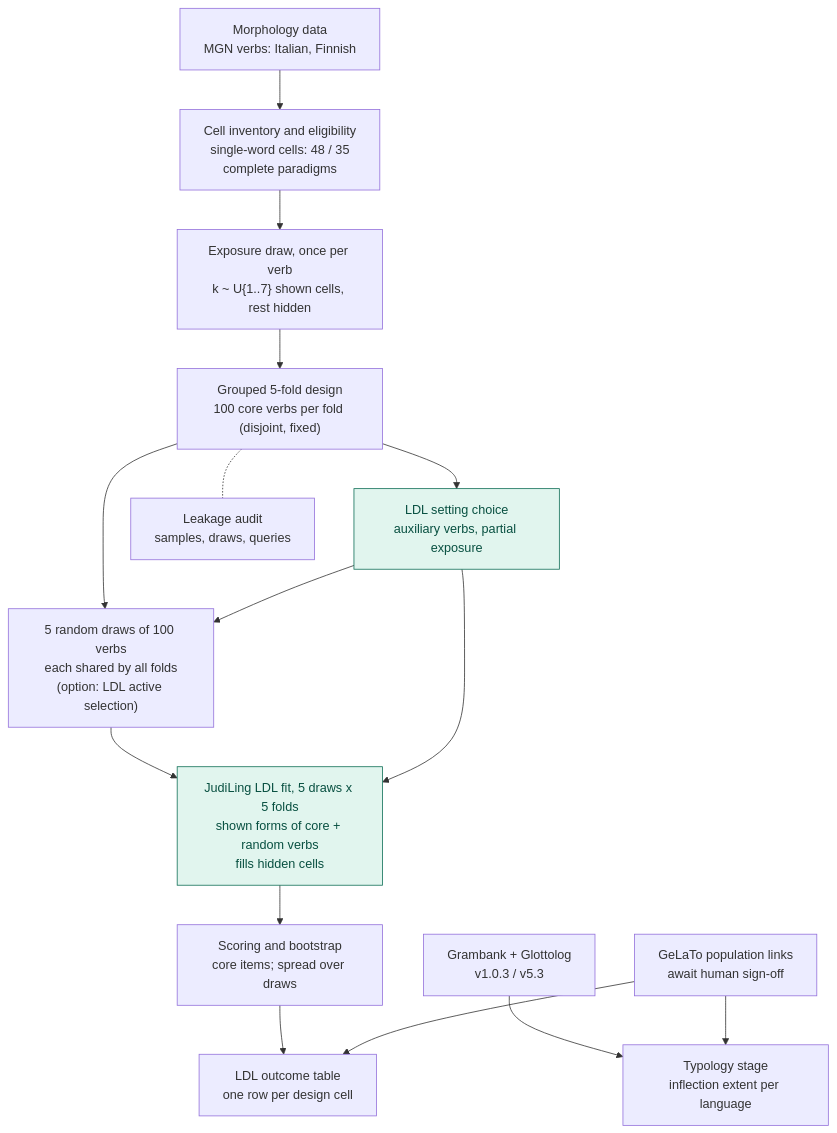
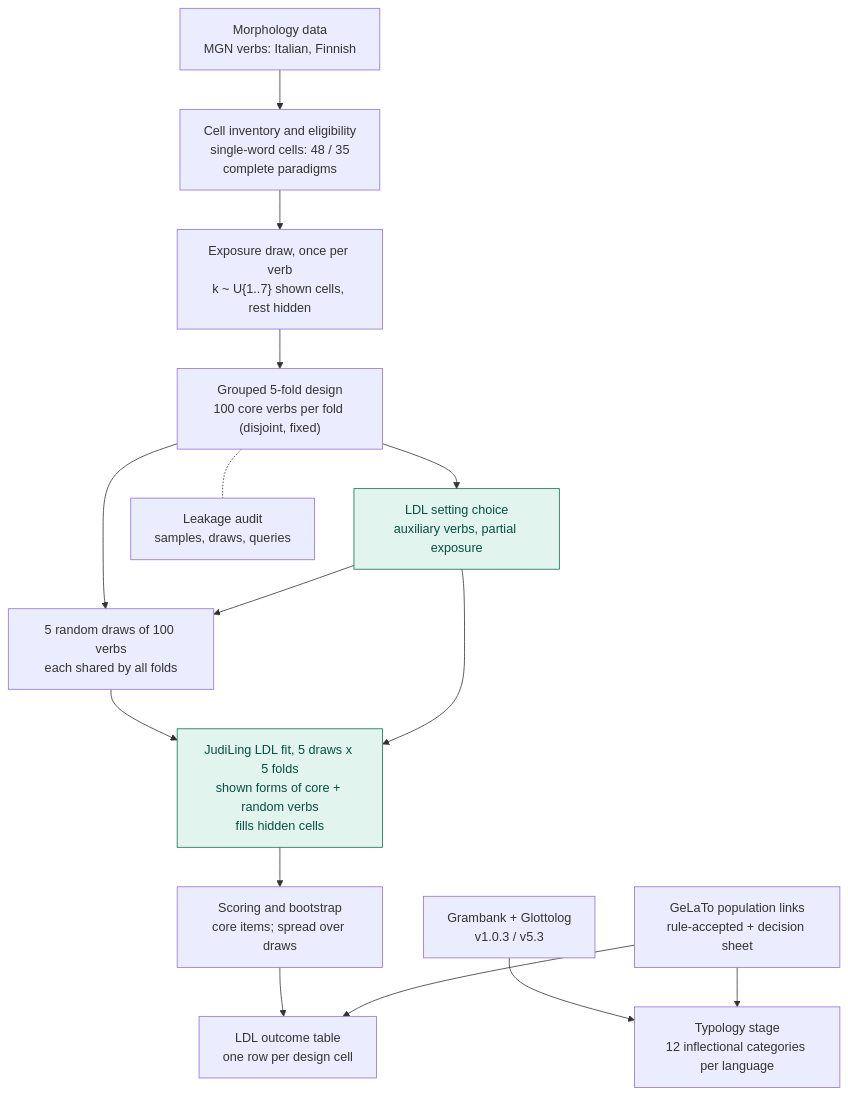
The diagram in docs/PIPELINE_OVERVIEW.md (acraevschi/study_3), drawn with Mermaid before and after one commit. The commit also changed other lines of this file and 8 other files, not shown here.

````diff
--- a/docs/PIPELINE_OVERVIEW.md
+++ b/docs/PIPELINE_OVERVIEW.md
@@ -9,27 +7,27 @@
 ```mermaid
 flowchart TD
     data["Morphology data<br/>MGN verbs: Italian, Finnish"]
     cells["Cell inventory and eligibility<br/>single-word cells: 48 / 35<br/>complete paradigms"]
     expo["Exposure draw, once per verb<br/>k ~ U{1..7} shown cells, rest hidden"]
     cv["Grouped 5-fold design<br/>100 core verbs per fold (disjoint, fixed)"]
     tune["LDL setting choice<br/>auxiliary verbs, partial exposure"]
-    sel["5 random draws of 100 verbs<br/>each shared by all folds<br/>(option: LDL active selection)"]
+    sel["5 random draws of 100 verbs<br/>each shared by all folds"]
     audit["Leakage audit<br/>samples, draws, queries"]
     ldl["JudiLing LDL fit, 5 draws x 5 folds<br/>shown forms of core + random verbs<br/>fills hidden cells"]
     score["Scoring and bootstrap<br/>core items; spread over draws"]
     out["LDL outcome table<br/>one row per design cell"]
     gb["Grambank + Glottolog<br/>v1.0.3 / v5.3"]
-    typ["Typology stage<br/>inflection extent per language"]
-    gelato["GeLaTo population links<br/>await human sign-off"]
+    typ["Typology stage<br/>12 inflectional categories per language"]
+    gelato["GeLaTo population links<br/>rule-accepted + decision sheet"]
 
     data --> cells --> expo --> cv --> sel --> ldl --> score --> out
     cv --> tune --> sel
     tune --> ldl
     cv -.- audit
     gb --> typ
     gelato --> out
     gelato --> typ
 
     classDef fitted fill:#E1F5EE,stroke:#0F6E56,color:#085041
     class tune,ldl fitted
 ```
````
